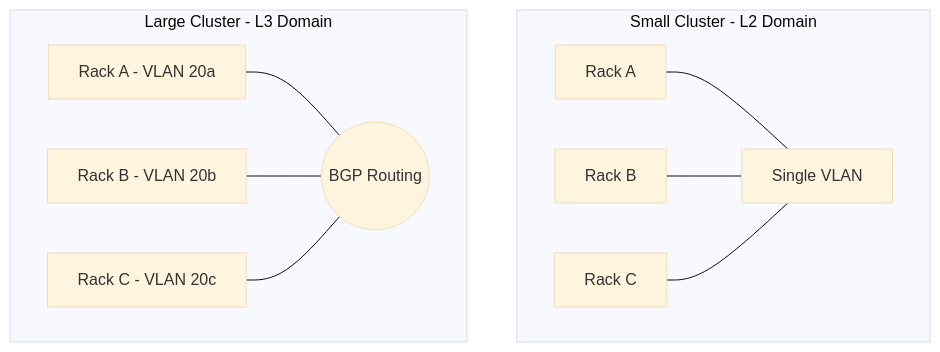
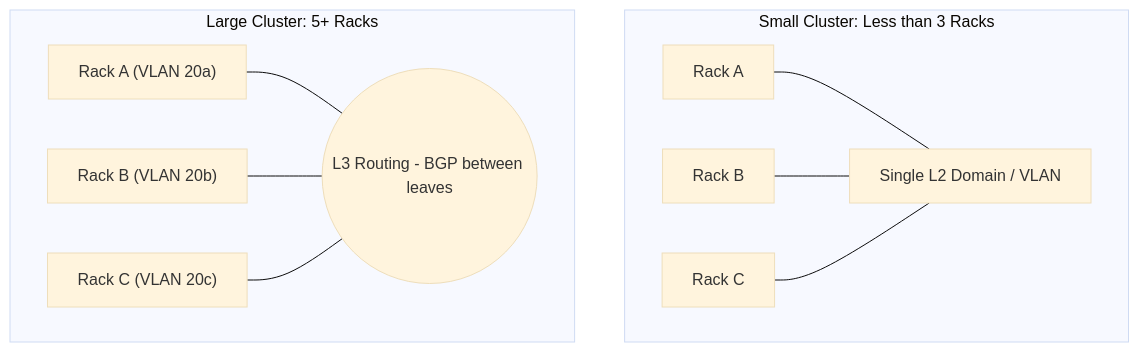
One commit to krisztiankoos/kubedojo changed the sixth of 7 diagrams in src/content/docs/on-premises/networking/module-3.1-datacenter-networking.md. Above: the diagram before and after it, drawn with Mermaid (base theme). The commit also changed other lines of this file, not shown here.

````diff
--- a/src/content/docs/on-premises/networking/module-3.1-datacenter-networking.md
+++ b/src/content/docs/on-premises/networking/module-3.1-datacenter-networking.md
@@ -437,13 +282,13 @@
 ```mermaid
 graph TD
-    subgraph Small Cluster - L2 Domain
-    R1[Rack A] --- V[Single VLAN]
+    subgraph Small Cluster: Less than 3 Racks
+    R1[Rack A] --- V[Single L2 Domain / VLAN]
     R2[Rack B] --- V
     R3[Rack C] --- V
     end
-    subgraph Large Cluster - L3 Domain
-    L1[Rack A - VLAN 20a] --- BGP((BGP Routing))
-    L2[Rack B - VLAN 20b] --- BGP
-    L3[Rack C - VLAN 20c] --- BGP
+    subgraph Large Cluster: 5+ Racks
+    L1["Rack A (VLAN 20a)"] --- BGP((L3 Routing - BGP between leaves))
+    L2["Rack B (VLAN 20b)"] --- BGP
+    L3["Rack C (VLAN 20c)"] --- BGP
     end
 ```
````
